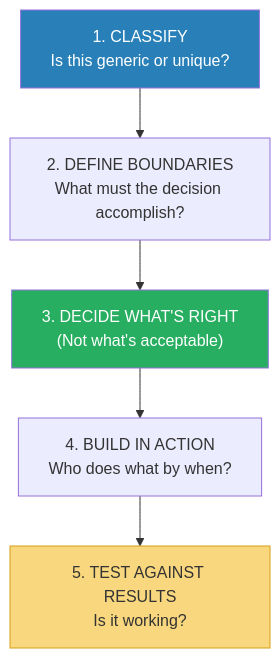
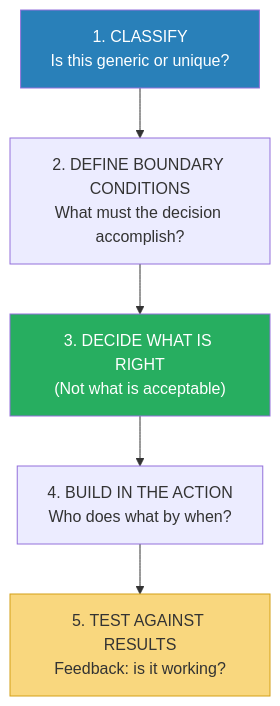
The fifth of 7 diagrams in summaries/Leadership & Management/The Effective Executive - Peter Drucker.md (alius33/reader), drawn with Mermaid before and after one commit. The commit also changed other lines of this file and 272 other files, not shown here.

````diff
--- a/summaries/Leadership & Management/The Effective Executive - Peter Drucker.md
+++ b/summaries/Leadership & Management/The Effective Executive - Peter Drucker.md
@@ -191,10 +654,10 @@
 ```mermaid
 flowchart TD
-    A["1. CLASSIFY\nIs this generic or unique?"] --> B["2. DEFINE BOUNDARIES\nWhat must the decision accomplish?"]
-    B --> C["3. DECIDE WHAT'S RIGHT\n(Not what's acceptable)"]
-    C --> D["4. BUILD IN ACTION\nWho does what by when?"]
-    D --> E["5. TEST AGAINST RESULTS\nIs it working?"]
+    A["1. CLASSIFY<br>Is this generic or unique?"] --> B["2. DEFINE BOUNDARY CONDITIONS<br>What must the decision accomplish?"]
+    B --> C["3. DECIDE WHAT IS RIGHT<br>(Not what is acceptable)"]
+    C --> D["4. BUILD IN THE ACTION<br>Who does what by when?"]
+    D --> E["5. TEST AGAINST RESULTS<br>Feedback: is it working?"]
     style A fill:#2980b9,color:#fff
     style C fill:#27ae60,color:#fff
     style E fill:#f9d77e,stroke:#d4a017
 ```
````
